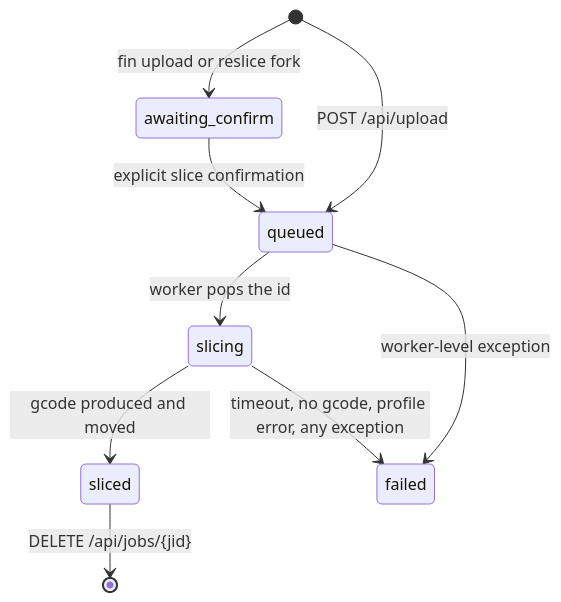
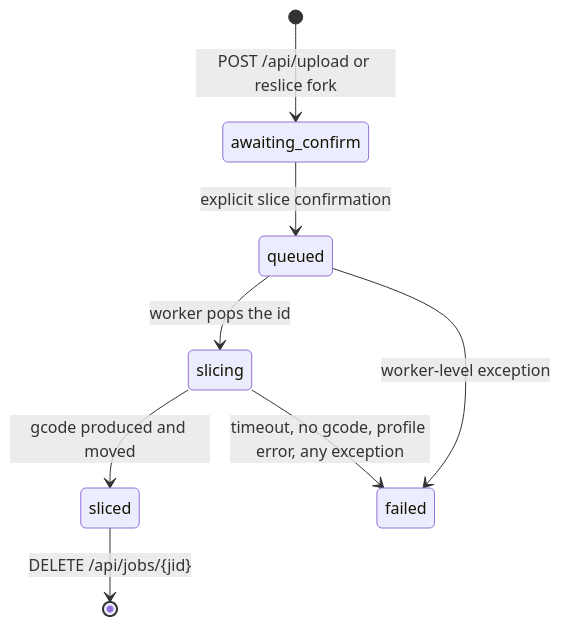
One commit to pank85/print-portal changed the second of 2 diagrams in docs/architecture.md. Above: the diagram before and after it, drawn with Mermaid. The commit also changed other lines of this file and 7 other files, not shown here.

First line of the commit message:
feat(slice): make print options available only after upload or reslice with single slice button

````diff
--- a/docs/architecture.md
+++ b/docs/architecture.md
@@ -95,11 +98,10 @@
 ```mermaid
 stateDiagram-v2
-    [*] --> awaiting_confirm: fin upload or reslice fork
+    [*] --> awaiting_confirm: POST /api/upload or reslice fork
     awaiting_confirm --> queued: explicit slice confirmation
-    [*] --> queued: POST /api/upload
     queued --> slicing: worker pops the id
     slicing --> sliced: gcode produced and moved
     slicing --> failed: timeout, no gcode, profile error, any exception
     queued --> failed: worker-level exception
     sliced --> [*]: DELETE /api/jobs/{jid}
 ```
````
